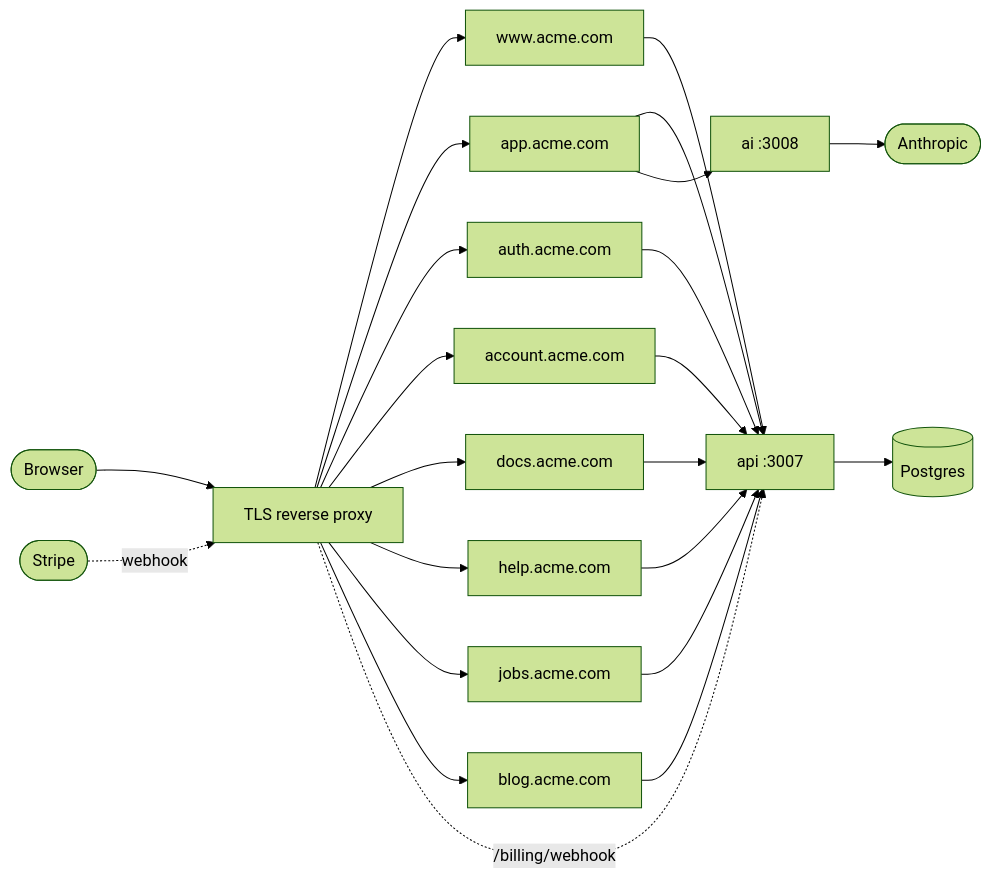
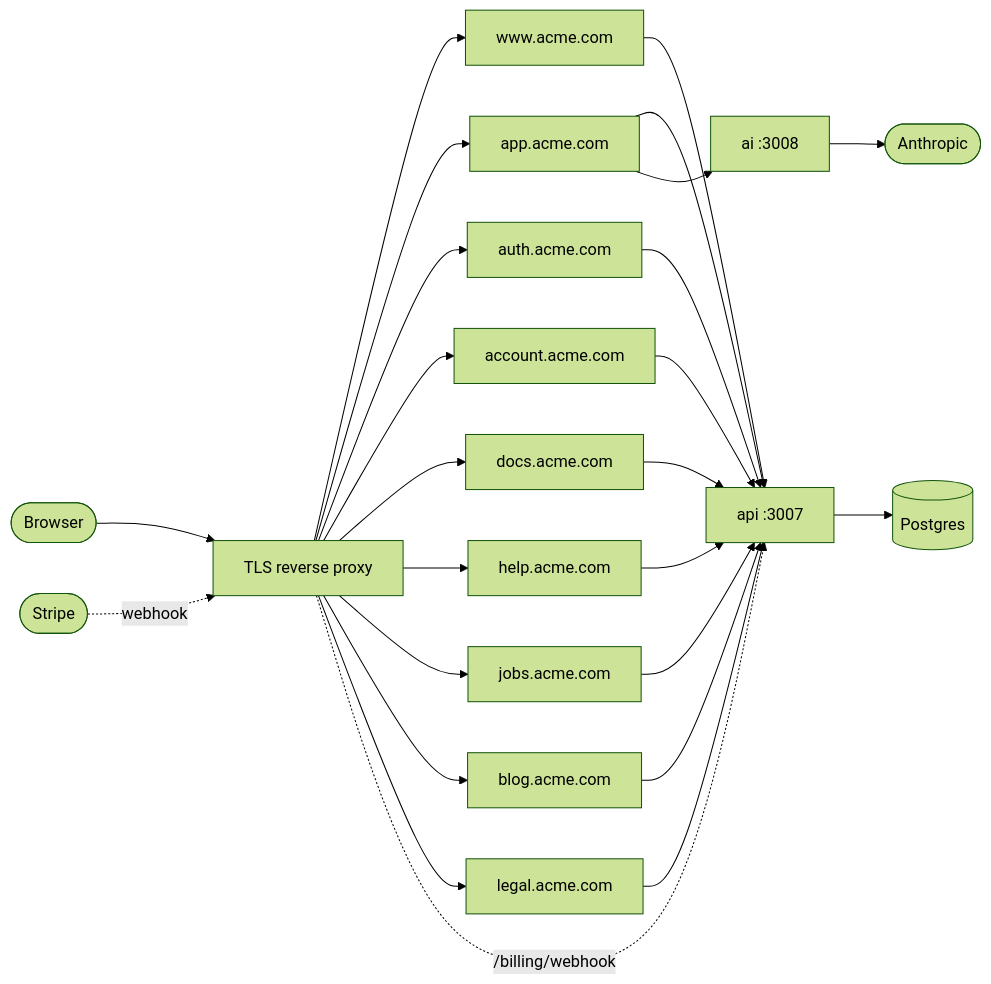
Before and after one commit to bromso/yasmina-coaching-: the diagram in docs/guides/deploying.md, drawn with Mermaid (forest theme). The commit also changed other lines of this file and 22 other files, not shown here.

First line of the commit message:
docs: the legal app is the one home for legal text

````diff
--- a/docs/guides/deploying.md
+++ b/docs/guides/deploying.md
@@ -14,18 +14,19 @@
 ```mermaid
 flowchart LR
   browser([Browser]) --> proxy[TLS reverse proxy]
   proxy --> www[www.acme.com]
   proxy --> app[app.acme.com]
   proxy --> auth[auth.acme.com]
   proxy --> account[account.acme.com]
   proxy --> docs[docs.acme.com]
   proxy --> help[help.acme.com]
   proxy --> jobs[jobs.acme.com]
   proxy --> blog[blog.acme.com]
+  proxy --> legal[legal.acme.com]
   stripe([Stripe]) -. webhook .-> proxy
   proxy -. /billing/webhook .-> api
-  www & app & auth & account & docs & help & jobs & blog --> api[api :3007]
+  www & app & auth & account & docs & help & jobs & blog & legal --> api[api :3007]
   app --> ai[ai :3008]
   api --> pg[(Postgres)]
   ai --> anthropic([Anthropic])
 ```
````
